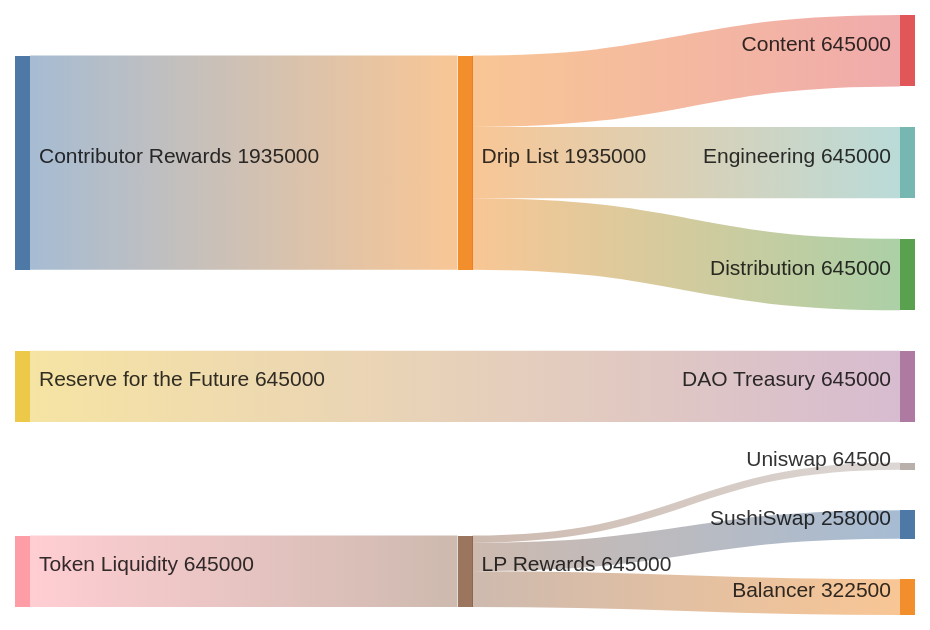
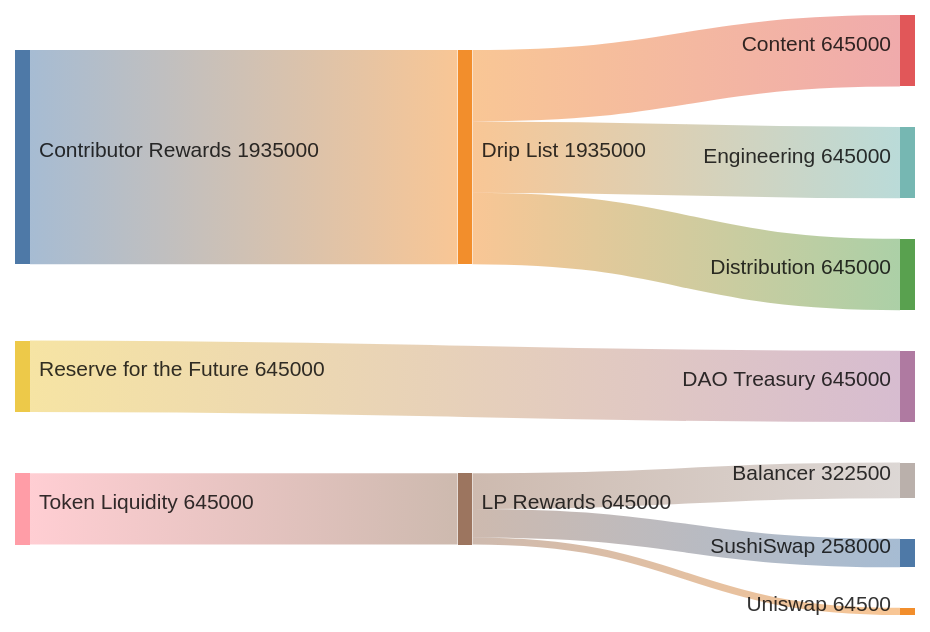
One commit to elimu-ai/web3-wiki changed the fourth of 4 diagrams in TOKENOMICS.md. Above: the diagram before and after it, drawn with Mermaid. The commit also changed other lines of this file, not shown here.

````diff
--- a/TOKENOMICS.md
+++ b/TOKENOMICS.md
@@ -78,14 +78,14 @@
 ```mermaid
 sankey-beta
 
 %% source,target,value
 Contributor Rewards,Drip List,1935000
 Drip List,Content,645000
 Drip List,Engineering,645000
 Drip List,Distribution,645000
 Reserve for the Future,DAO Treasury,645000
 Token Liquidity,LP Rewards,645000
+LP Rewards,Balancer,322500
+LP Rewards,SushiSwap,258000
 LP Rewards,Uniswap,64500
-LP Rewards,SushiSwap,258000
-LP Rewards,Balancer,322500
 ```
````
